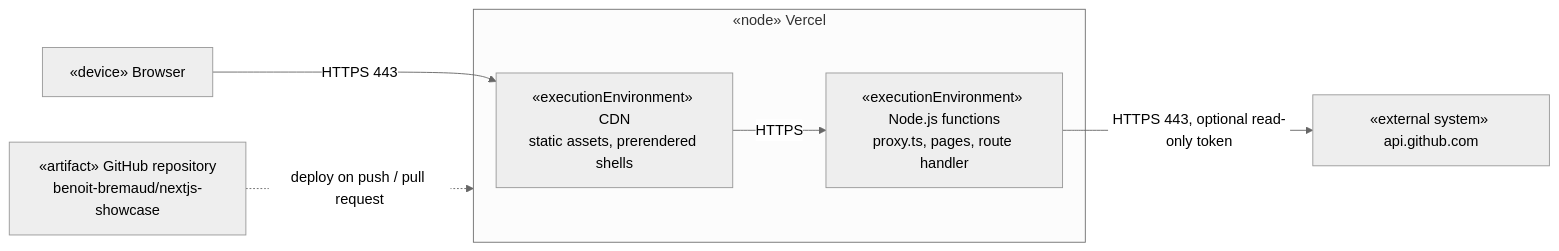
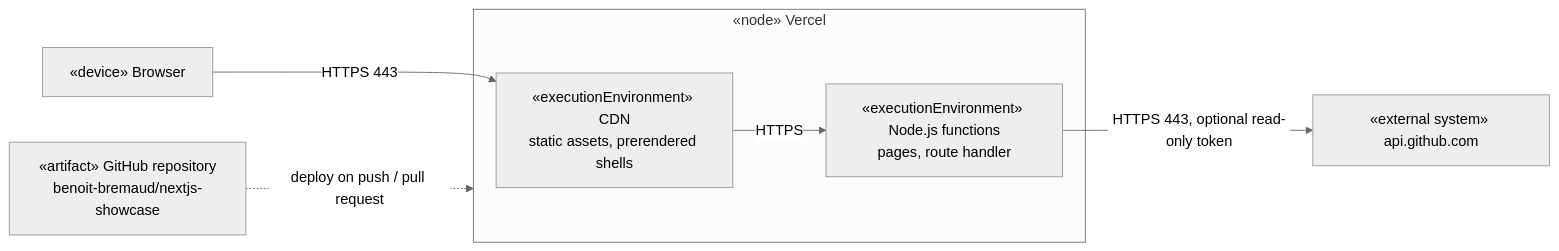
One commit to benoit-bremaud/nextjs-showcase changed the diagram in docs/architecture/diagrams/dashboard/04-deployment.md. Above: the diagram before and after it, drawn with Mermaid (neutral theme). The commit also changed 7 other files, not shown here.

````diff
--- a/docs/architecture/diagrams/dashboard/04-deployment.md
+++ b/docs/architecture/diagrams/dashboard/04-deployment.md
@@ -5,14 +5,14 @@
 ```mermaid
 flowchart LR
   browser[«device» Browser]
   subgraph vercel [«node» Vercel]
     edge[«executionEnvironment» CDN<br/>static assets, prerendered shells]
-    fn[«executionEnvironment» Node.js functions<br/>proxy.ts, pages, route handler]
+    fn[«executionEnvironment» Node.js functions<br/>pages, route handler]
   end
   gh[«external system» api.github.com]
   repo[«artifact» GitHub repository<br/>benoit-bremaud/nextjs-showcase]
   browser -- HTTPS 443 --> edge
   edge -- HTTPS --> fn
   fn -- HTTPS 443, optional read-only token --> gh
   repo -. deploy on push / pull request .-> vercel
 ```
````
